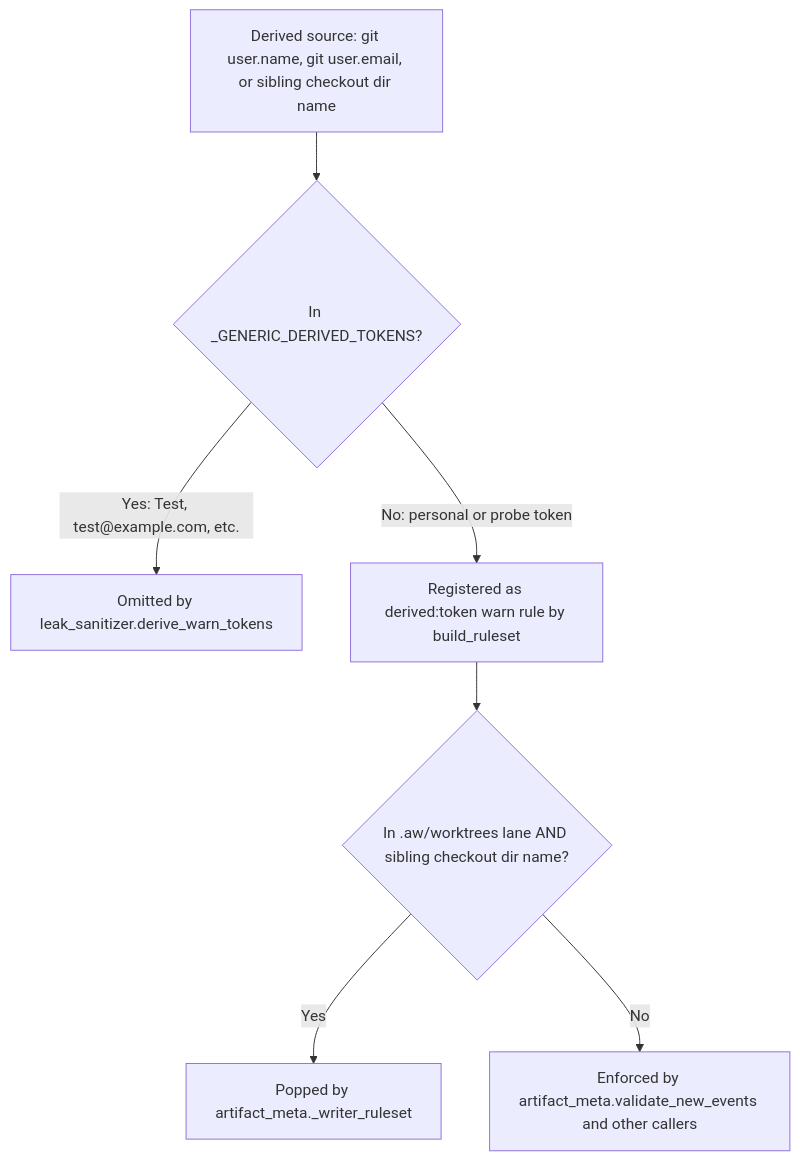
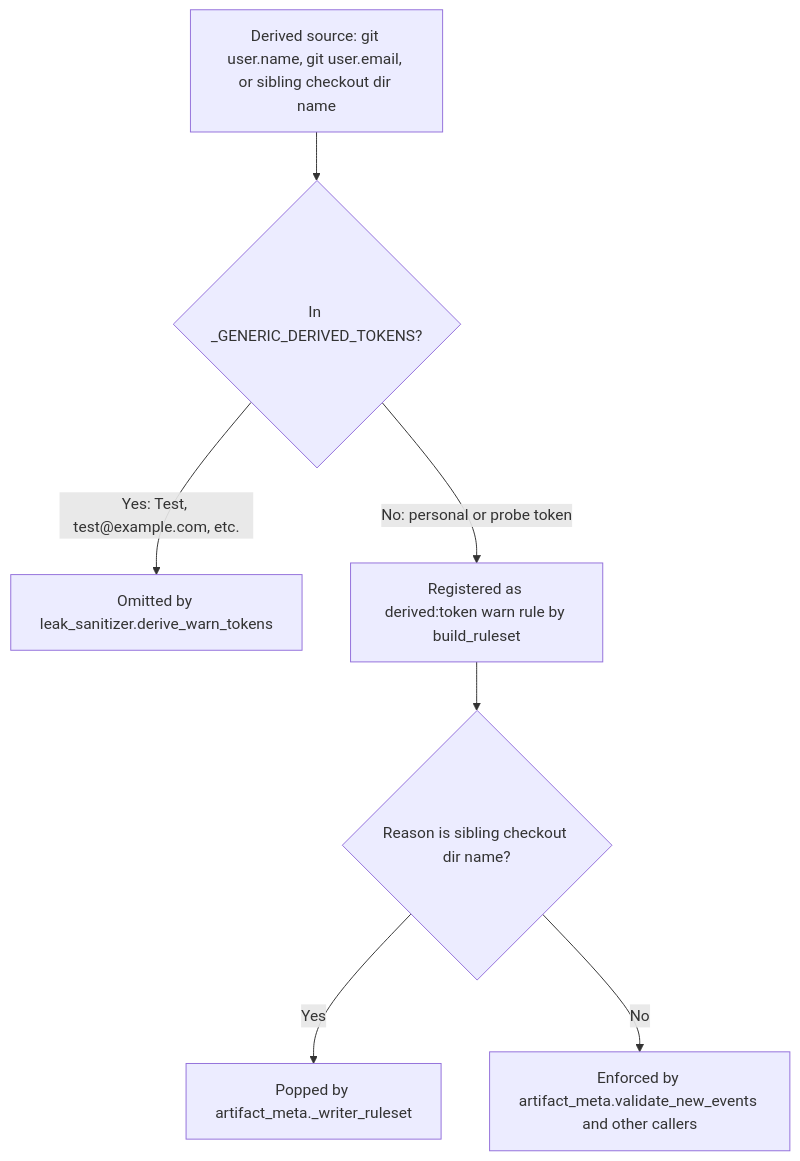
One commit to fariello/agent-workflows changed the diagram in .aw/records/plans/pending/20261119-5uqo2g-01-rowsi5-hoist-generic-test-git-identity-tokens-into-leak-sanitizer.ipd.md. Above: the diagram before and after it, drawn with Mermaid. The commit also changed other lines of this file and 1 other file, not shown here.

````diff
--- a/.aw/records/plans/pending/20261119-5uqo2g-01-rowsi5-hoist-generic-test-git-identity-tokens-into-leak-sanitizer.ipd.md
+++ b/.aw/records/plans/pending/20261119-5uqo2g-01-rowsi5-hoist-generic-test-git-identity-tokens-into-leak-sanitizer.ipd.md
@@ -92,9 +94,9 @@
 ```mermaid
 flowchart TD
     G[Derived source: git user.name, git user.email, or sibling checkout dir name] --> D{In _GENERIC_DERIVED_TOKENS?}
     D -->|Yes: Test, test@example.com, etc.| S[Omitted by leak_sanitizer.derive_warn_tokens]
     D -->|No: personal or probe token| W[Registered as derived:token warn rule by build_ruleset]
-    W --> L{In .aw/worktrees lane AND sibling checkout dir name?}
+    W --> L{Reason is sibling checkout dir name?}
     L -->|Yes| P[Popped by artifact_meta._writer_ruleset]
     L -->|No| V[Enforced by artifact_meta.validate_new_events and other callers]
 ```
````
